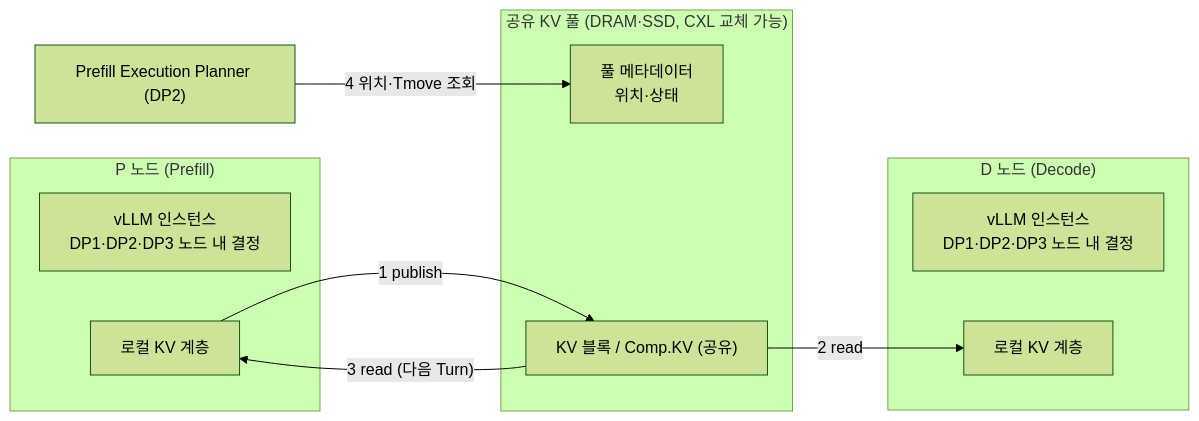
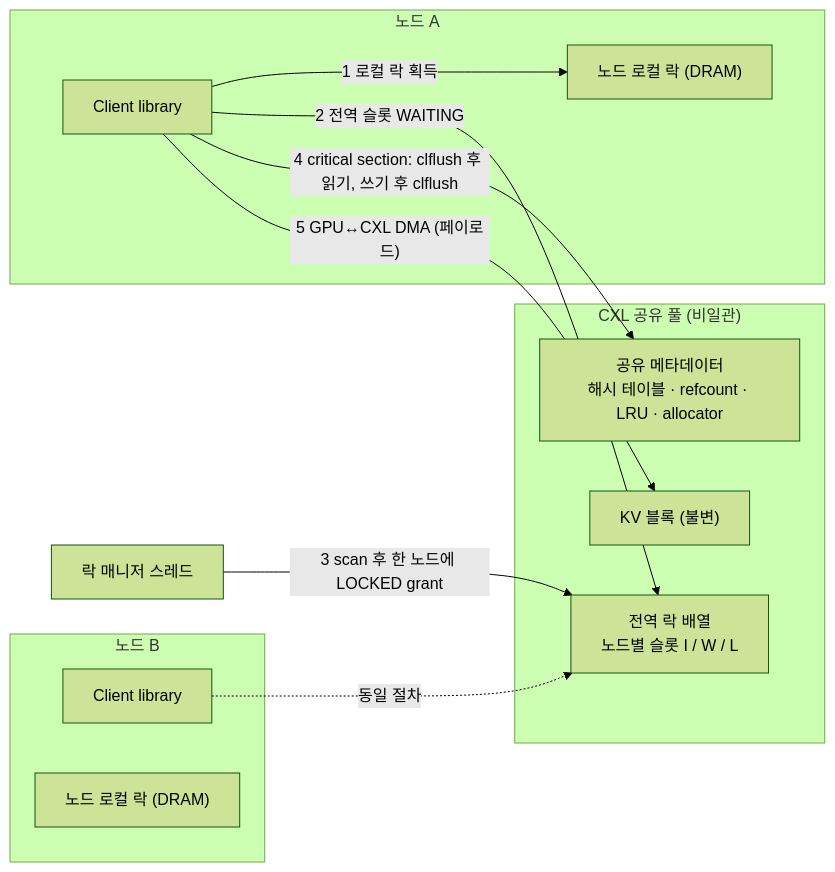
The second of 2 diagrams in doc-mk/DP4/dp4-inter-node-kv-sharing-structure-draft.md (mkim0628/vllm), drawn with Mermaid (forest theme) before and after one commit. The commit also changed other lines of this file and 6 other files, not shown here.

First line of the commit message:
docs(DP4): reframe as CXL non-coherence problem; add pre-registered evaluation plan

````diff
--- a/doc-mk/DP4/dp4-inter-node-kv-sharing-structure-draft.md
+++ b/doc-mk/DP4/dp4-inter-node-kv-sharing-structure-draft.md
@@ -94,20 +100,23 @@
 ```mermaid
 flowchart LR
-    PLAN["Prefill Execution Planner (DP2)"]
-    subgraph PN["P 노드 (Prefill)"]
-        PV["vLLM 인스턴스\nDP1·DP2·DP3 노드 내 결정"]
-        PKV["로컬 KV 계층"]
+    subgraph NA["노드 A"]
+        CA["Client library"]
+        LA["노드 로컬 락 (DRAM)"]
     end
-    subgraph POOL["공유 KV 풀 (DRAM·SSD, CXL 교체 가능)"]
-        META["풀 메타데이터\n위치·상태"]
-        BLK["KV 블록 / Comp.KV (공유)"]
+    subgraph NB["노드 B"]
+        CB["Client library"]
+        LB["노드 로컬 락 (DRAM)"]
     end
-    subgraph DN["D 노드 (Decode)"]
-        DV["vLLM 인스턴스\nDP1·DP2·DP3 노드 내 결정"]
-        DKV["로컬 KV 계층"]
+    subgraph POOL["CXL 공유 풀 (비일관)"]
+        GL["전역 락 배열\n노드별 슬롯 I / W / L"]
+        META["공유 메타데이터\n해시 테이블 · refcount · LRU · allocator"]
+        BLK["KV 블록 (불변)"]
     end
-    PKV -- "1 publish" --> BLK
-    BLK -- "2 read" --> DKV
-    BLK -- "3 read (다음 Turn)" --> PKV
-    PLAN -- "4 위치·Tmove 조회" --> META
+    LM["락 매니저 스레드"]
+    CA -- "1 로컬 락 획득" --> LA
+    CA -- "2 전역 슬롯 WAITING" --> GL
+    LM -- "3 scan 후 한 노드에 LOCKED grant" --> GL
+    CA -- "4 critical section: clflush 후 읽기, 쓰기 후 clflush" --> META
+    CA -- "5 GPU↔CXL DMA (페이로드)" --> BLK
+    CB -. "동일 절차" .-> GL
 ```
````
